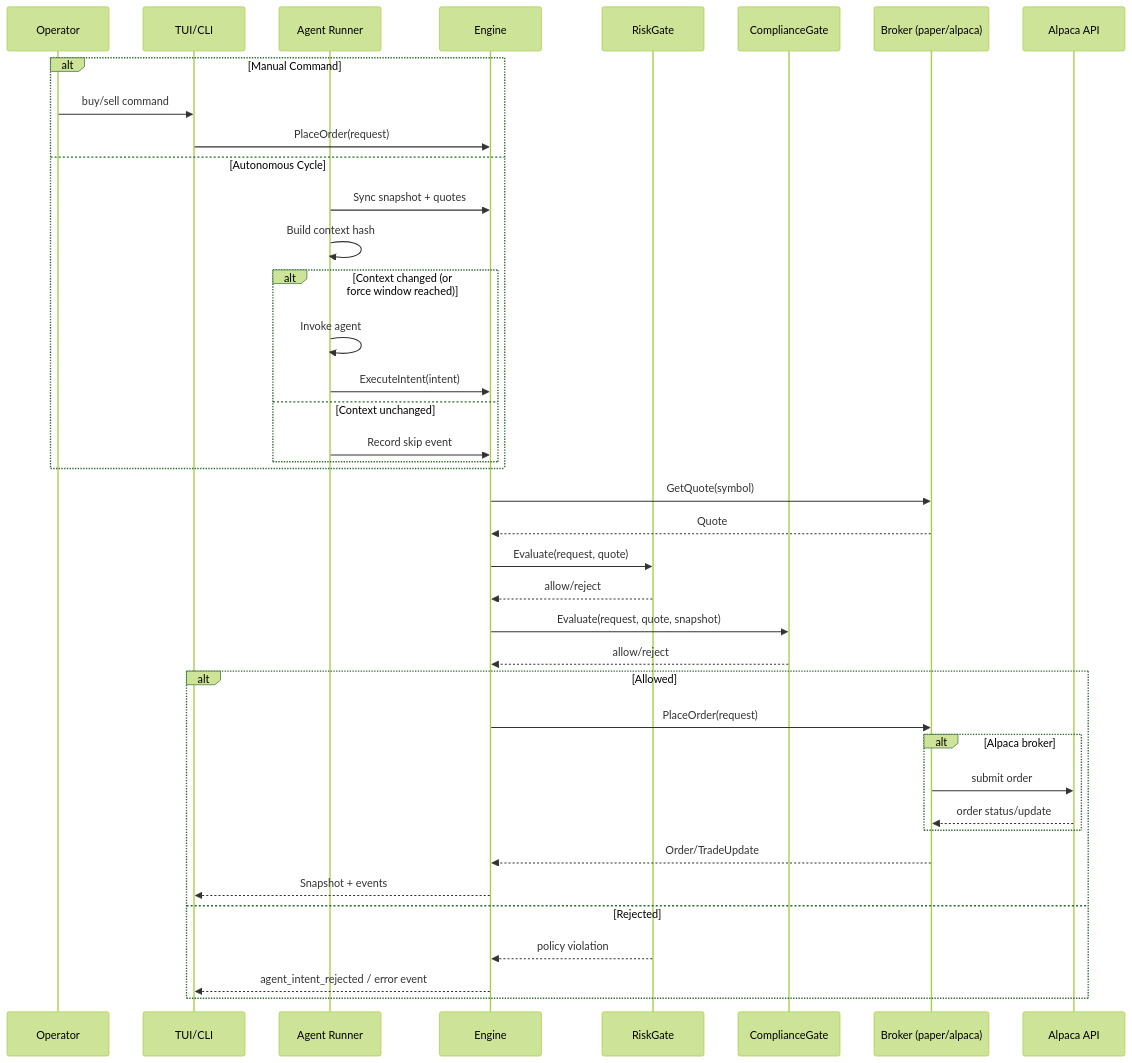
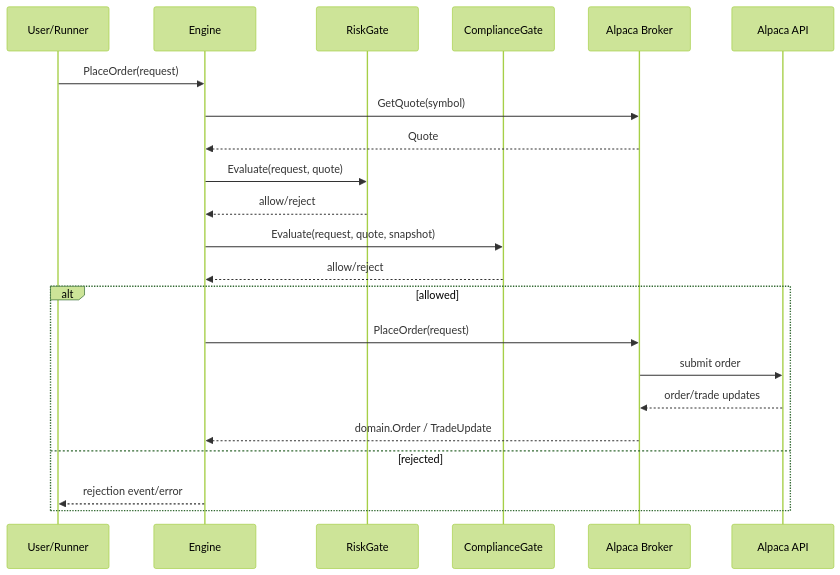
Before and after one commit to nerdstep/helix-tui: the third of 7 diagrams in docs/architecture.md, drawn with Mermaid (forest theme). The commit also changed other lines of this file and 8 other files, not shown here.

````diff
--- a/docs/architecture.md
+++ b/docs/architecture.md
@@ -55,45 +73,26 @@
 ```mermaid
 sequenceDiagram
-    participant Op as Operator
-    participant T as TUI/CLI
-    participant A as Agent Runner
+    participant U as User/Runner
     participant E as Engine
     participant R as RiskGate
     participant C as ComplianceGate
-    participant B as Broker (paper/alpaca)
-    participant X as Alpaca API
+    participant B as Alpaca Broker
+    participant A as Alpaca API
 
-    alt Manual Command
-        Op->>T: buy/sell command
-        T->>E: PlaceOrder(request)
-    else Autonomous Cycle
-        A->>E: Sync snapshot + quotes
-        A->>A: Build context hash
-        alt Context changed (or force window reached)
-            A->>A: Invoke agent
-            A->>E: ExecuteIntent(intent)
-        else Context unchanged
-            A->>E: Record skip event
-        end
-    end
-
+    U->>E: PlaceOrder(request)
     E->>B: GetQuote(symbol)
     B-->>E: Quote
     E->>R: Evaluate(request, quote)
     R-->>E: allow/reject
     E->>C: Evaluate(request, quote, snapshot)
     C-->>E: allow/reject
 
-    alt Allowed
-        E->>B: PlaceOrder(request)
-        alt Alpaca broker
-            B->>X: submit order
-            X-->>B: order status/update
-        end
-        B-->>E: Order/TradeUpdate
-        E-->>T: Snapshot + events
-    else Rejected
-        R-->>E: policy violation
-        E-->>T: agent_intent_rejected / error event
+    alt allowed
+      E->>B: PlaceOrder(request)
+      B->>A: submit order
+      A-->>B: order/trade updates
+      B-->>E: domain.Order / TradeUpdate
+    else rejected
+      E-->>U: rejection event/error
     end
 ```
````
